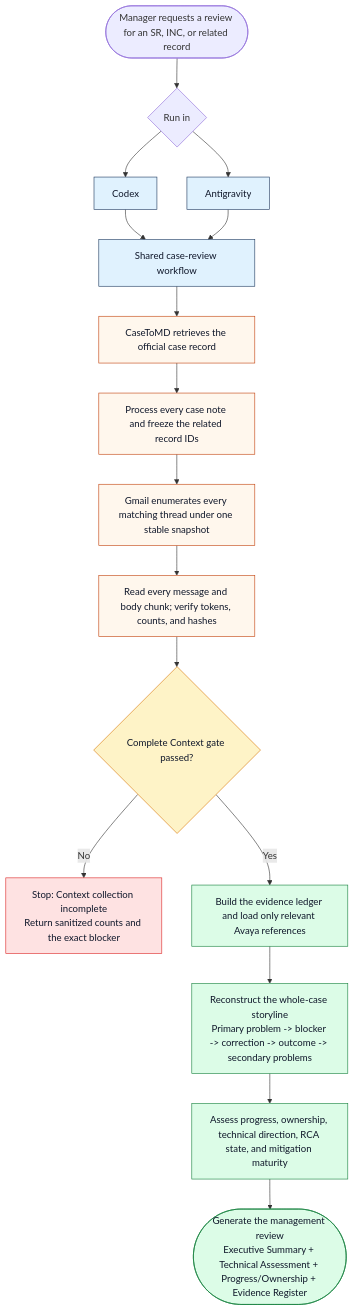
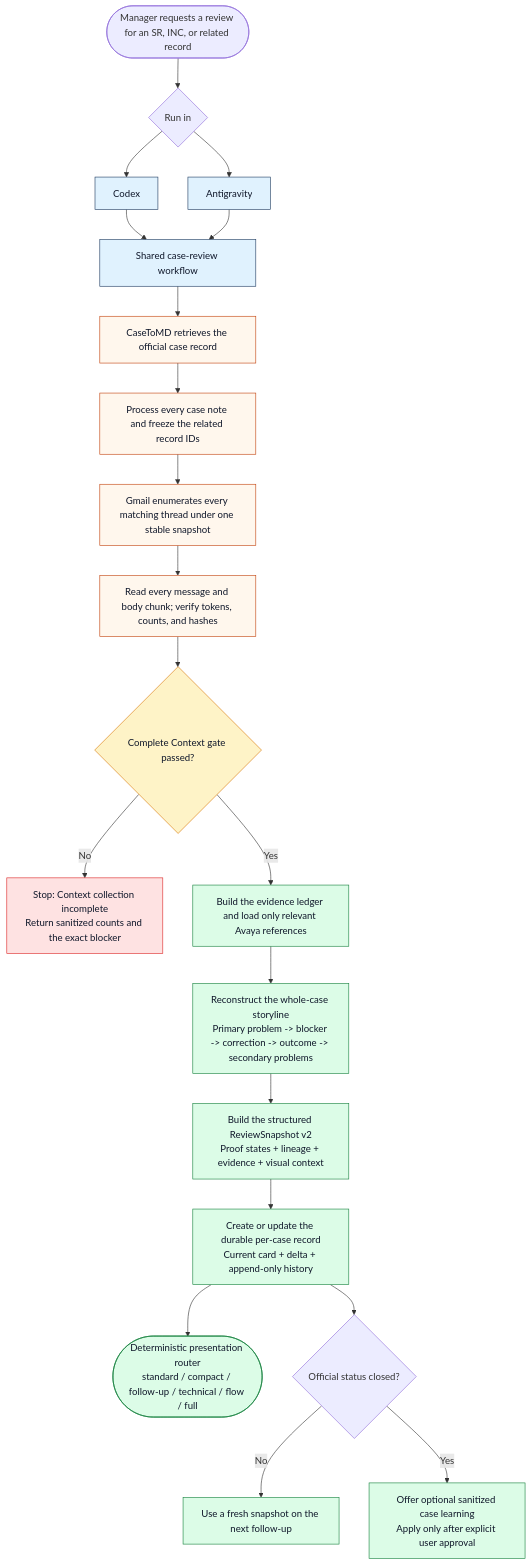
Before and after one commit to avayahmao/avaya-case-review-pack: the diagram in README.md, drawn with Mermaid. The commit also changed other lines of this file and 8 other files, not shown here.

````diff
--- a/README.md
+++ b/README.md
@@ -11,30 +11,34 @@
 ```mermaid
 flowchart TD
     Request(["Manager requests a review for an SR, INC, or related record"])
     Request --> Host{"Run in"}
     Host --> Codex["Codex"]
     Host --> Antigravity["Antigravity"]
     Codex --> Workflow["Shared case-review workflow"]
     Antigravity --> Workflow
     Workflow --> CaseToMD["CaseToMD retrieves the official case record"]
     CaseToMD --> Scope["Process every case note and freeze the related record IDs"]
     Scope --> Gmail["Gmail enumerates every matching thread under one stable snapshot"]
     Gmail --> Verify["Read every message and body chunk; verify tokens, counts, and hashes"]
     Verify --> Gate{"Complete Context gate passed?"}
     Gate -->|No| Blocked["Stop: Context collection incomplete<br/>Return sanitized counts and the exact blocker"]
     Gate -->|Yes| Evidence["Build the evidence ledger and load only relevant Avaya references"]
     Evidence --> Storyline["Reconstruct the whole-case storyline<br/>Primary problem -> blocker -> correction -> outcome -> secondary problems"]
-    Storyline --> Assess["Assess progress, ownership, technical direction, RCA state, and mitigation maturity"]
-    Assess --> Report(["Generate the management review<br/>Executive Summary + Technical Assessment + Progress/Ownership + Evidence Register"])
+    Storyline --> Assess["Build the structured ReviewSnapshot v2<br/>Proof states + lineage + evidence + visual context"]
+    Assess --> Record["Create or update the durable per-case record<br/>Current card + delta + append-only history"]
+    Record --> Report(["Deterministic presentation router<br/>standard / compact / follow-up / technical / flow / full"])
+    Record --> Closed{"Official status closed?"}
+    Closed -->|No| Follow["Use a fresh snapshot on the next follow-up"]
+    Closed -->|Yes| Learn["Offer optional sanitized case learning<br/>Apply only after explicit user approval"]
 
     classDef host fill:#e0f2fe,stroke:#1e3a5f,color:#0f172a;
     classDef source fill:#fff7ed,stroke:#c2410c,color:#0f172a;
     classDef gate fill:#fef3c7,stroke:#d97706,color:#0f172a;
     classDef blocked fill:#fee2e2,stroke:#dc2626,color:#0f172a;
     classDef output fill:#dcfce7,stroke:#15803d,color:#0f172a;
     class Codex,Antigravity,Workflow host;
     class CaseToMD,Scope,Gmail,Verify source;
     class Gate gate;
     class Blocked blocked;
-    class Evidence,Storyline,Assess,Report output;
+    class Evidence,Storyline,Assess,Record,Report,Follow,Learn output;
 ```
````
